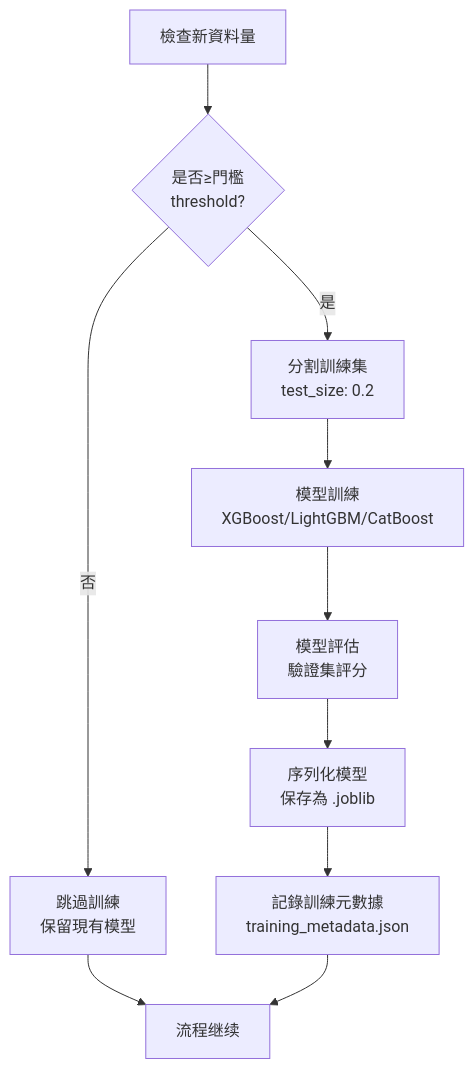
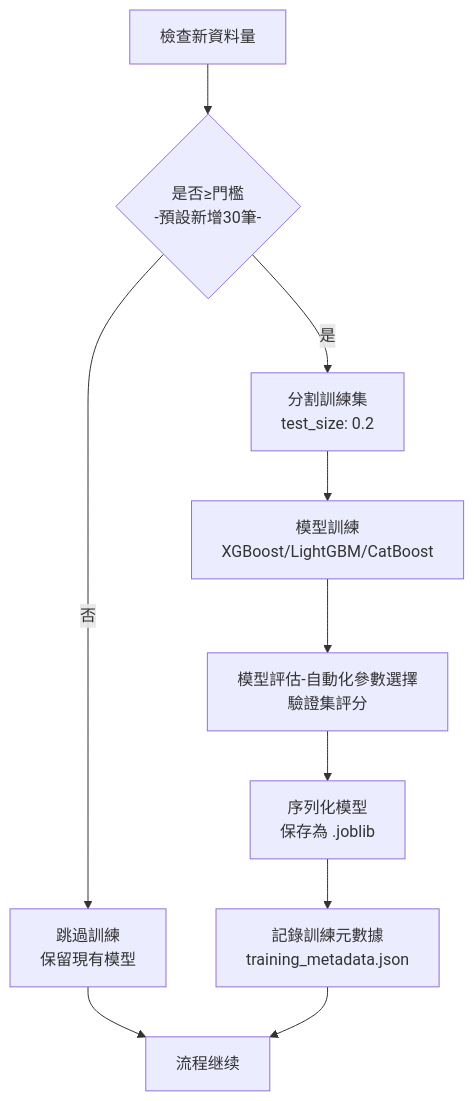
One commit to aeoner000/Smart-Bid-Evaluator_TWstock changed the fourth of 6 diagrams in README.md. Above: the diagram before and after it, drawn with Mermaid. The commit also changed other lines of this file and 3 other files, not shown here.

Commit message:
修正streamlit誤差圖顯示

````diff
--- a/README.md
+++ b/README.md
@@ -86,14 +95,14 @@
 ```mermaid
 graph TD
-    A["檢查新資料量"] --> B{是否≥門檻<br/>threshold?}
+    A["檢查新資料量"] --> B{是否≥門檻<br/>-預設新增30筆-}
     B -->|是| C["分割訓練集<br/>test_size: 0.2"]
     B -->|否| D["跳過訓練<br/>保留現有模型"]
-    
+
     C --> E["模型訓練<br/>XGBoost/LightGBM/CatBoost"]
-    E --> F["模型評估<br/>驗證集評分"]
+    E --> F["模型評估-自動化參數選擇<br/>驗證集評分"]
     F --> G["序列化模型<br/>保存為 .joblib"]
     G --> H["記錄訓練元數據<br/>training_metadata.json"]
-    
+
     D --> I["流程继续"]
     H --> I
 ```
````
